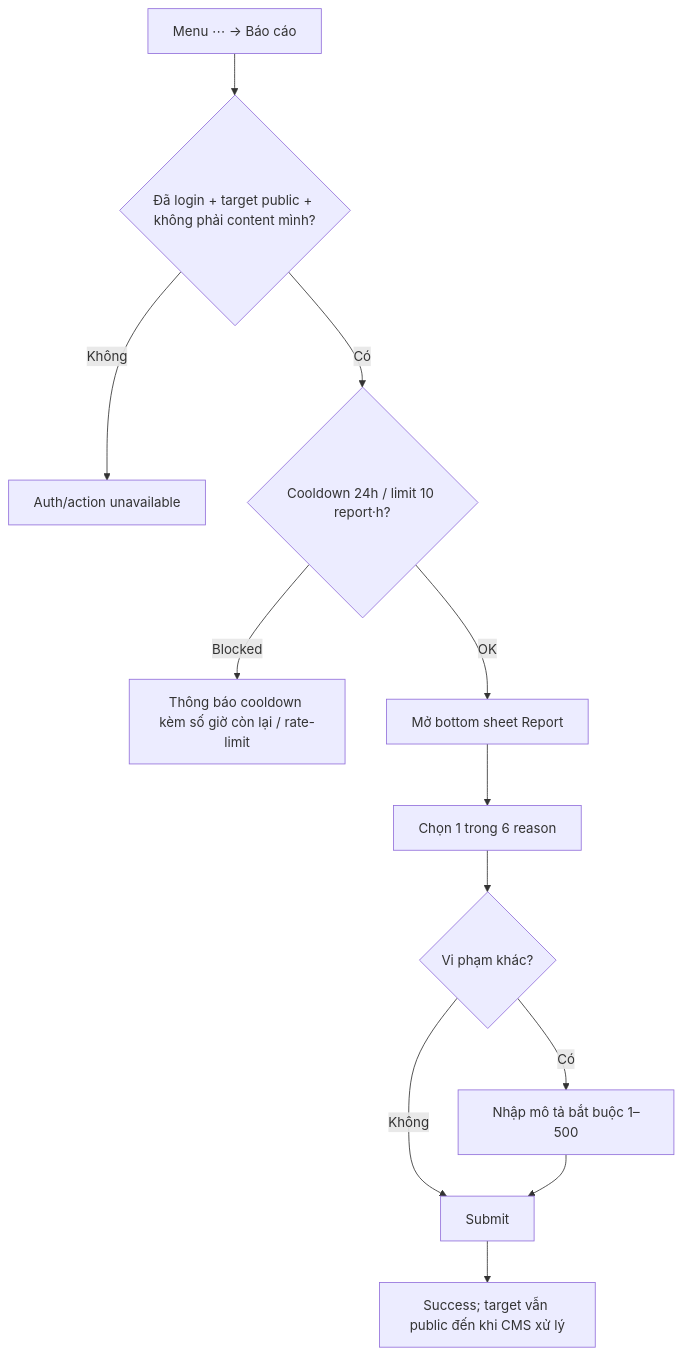
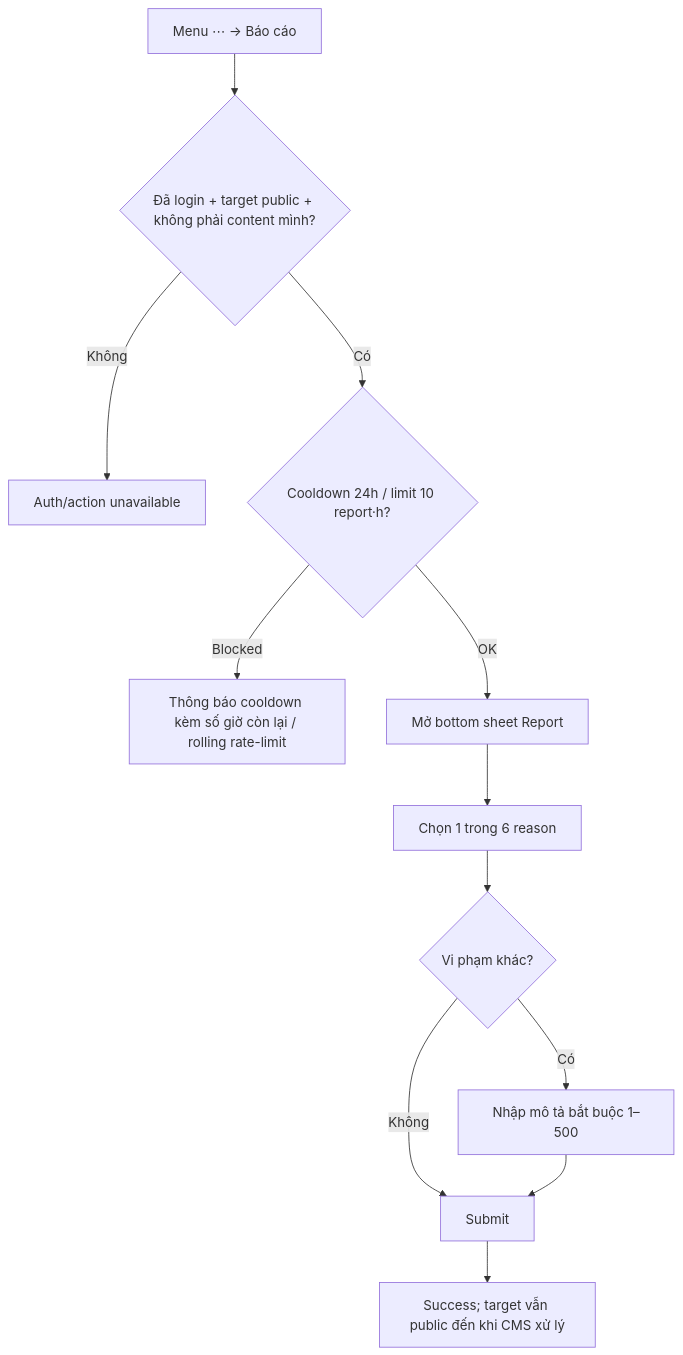
One commit to TanUIUX/MyTV-Comment changed the diagram in EP03_AN_TOAN_VA_KIEM_DUYET/US10_USER_FLOW.md. Above: the diagram before and after it, drawn with Mermaid. The commit also changed 30 other files, not shown here.

````diff
--- a/EP03_AN_TOAN_VA_KIEM_DUYET/US10_USER_FLOW.md
+++ b/EP03_AN_TOAN_VA_KIEM_DUYET/US10_USER_FLOW.md
@@ -7,14 +7,14 @@
 ```mermaid
 flowchart TD
  A[Menu ⋯ → Báo cáo] --> B{Đã login + target public + không phải content mình?}
  B -->|Không| C[Auth/action unavailable]
  B -->|Có| D{Cooldown 24h / limit 10 report·h?}
- D -->|Blocked| E["Thông báo cooldown kèm số giờ còn lại / rate-limit"]
+ D -->|Blocked| E["Thông báo cooldown kèm số giờ còn lại / rolling rate-limit"]
  D -->|OK| F[Mở bottom sheet Report]
  F --> G[Chọn 1 trong 6 reason]
  G --> H{Vi phạm khác?}
  H -->|Có| I[Nhập mô tả bắt buộc 1–500]
  H -->|Không| J[Submit]
  I --> J
  J --> K[Success; target vẫn public đến khi CMS xử lý]
 ```
````
